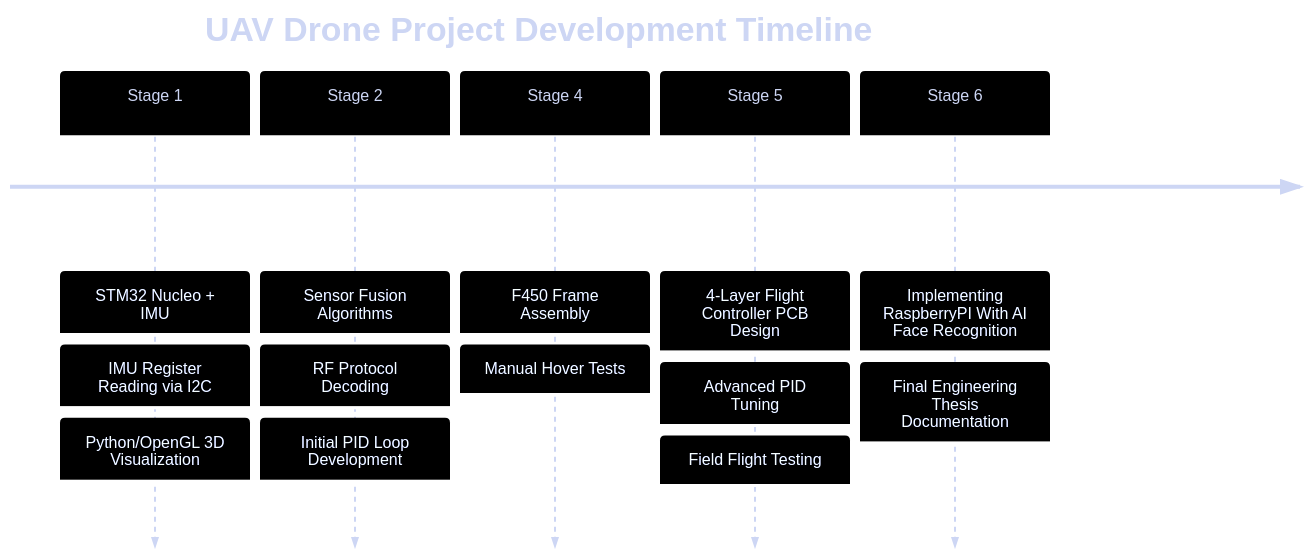
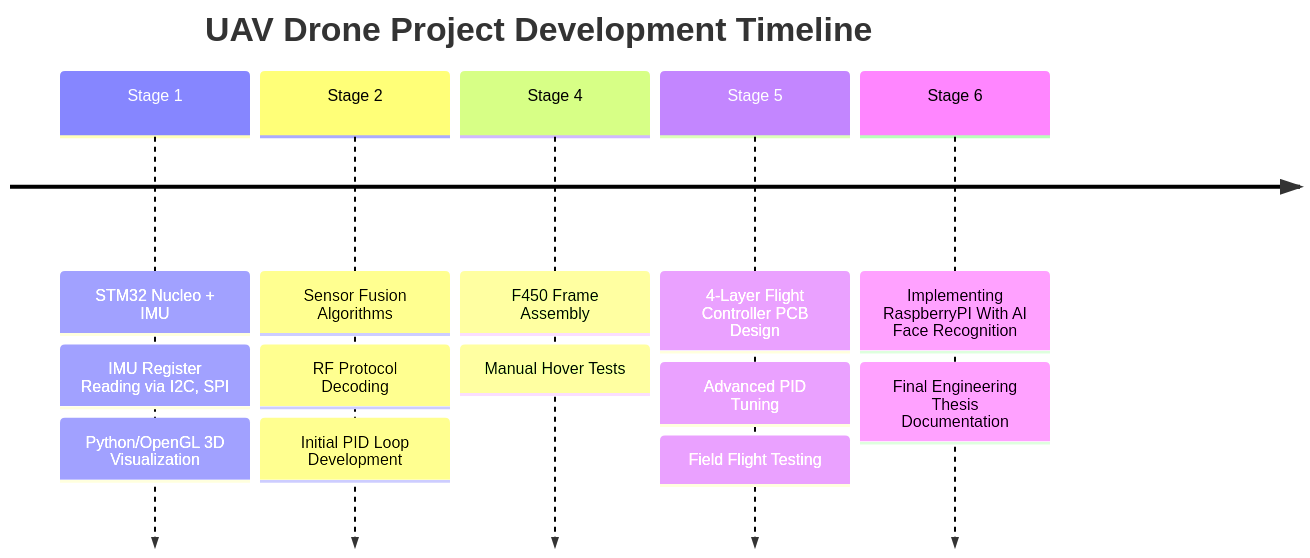
Before and after one commit to dominik-stanczyk/STM32-UAV-Quadcopter: the second of 2 diagrams in README.md, drawn with Mermaid. The commit also changed other lines of this file, not shown here.

Commit message:
docs: update mindmap and fix task checklist

````diff
--- a/README.md
+++ b/README.md
@@ -55,23 +54,9 @@
 ```mermaid
-%%{init: {
-  'theme': 'base',
-  'themeVariables': {
-    'primaryColor': '#1e1e2e',
-    'primaryTextColor': '#cdd6f4',
-    'primaryBorderColor': '#b4befe',
-    'lineColor': '#a6adc8',
-    'cScaleColor0': '#89b4fa',
-    'cScaleColor1': '#a6e3a1',
-    'cScaleColor2': '#f9e2af',
-    'cScaleColor3': '#fab387',
-    'cScaleColor4': '#f38ba8'
-  }
-}}%%
 timeline
     title UAV Drone Project Development Timeline
-    Stage 1 : STM32 Nucleo + IMU : IMU Register Reading via I2C : Python/OpenGL 3D Visualization
+    Stage 1 : STM32 Nucleo + IMU : IMU Register Reading via I2C, SPI : Python/OpenGL 3D Visualization
     Stage 2 : Sensor Fusion Algorithms : RF Protocol Decoding : Initial PID Loop Development
     Stage 4 : F450 Frame Assembly : Manual Hover Tests
     Stage 5 : 4-Layer Flight Controller PCB Design : Advanced PID Tuning : Field Flight Testing
     Stage 6 : Implementing RaspberryPI With AI Face Recognition : Final Engineering Thesis Documentation
 ```
````
